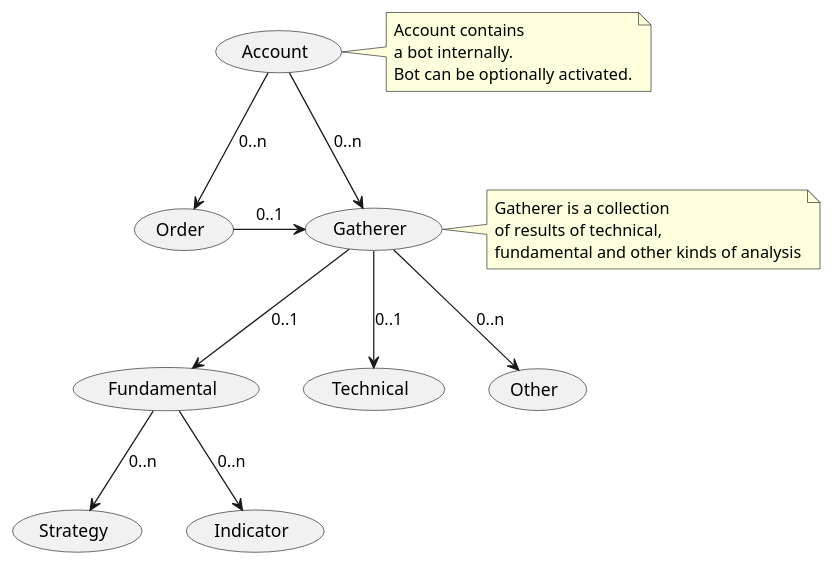
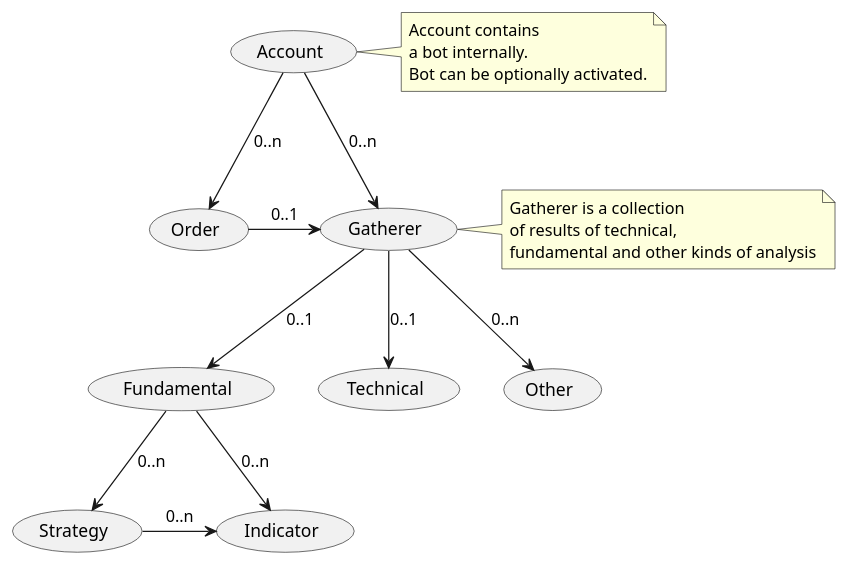
The diagram in aggregates.puml (R-tooR/tradebot-game-concept), drawn with PlantUML before and after one commit. The commit also changed 2 other files, not shown here.

```diff
--- a/aggregates.puml
+++ b/aggregates.puml
@@ -1,39 +1,40 @@
 @startuml
 'https://plantuml.com/use-case-diagram
 
 (Gatherer) as (Gath)
 (Order) as (Ord)
 (Fundamental) as (Fund)
 (Technical) as (Tech)
 (Account) as (Acc)
 (Other) as (Othr)
 (Strategy) as (Str)
 (Indicator) as (Ind)
 
 (Gath) --> (Tech) : 0..1
 (Gath) --> (Fund) : 0..1
 (Gath) --> (Othr) : 0..n
 (Ord) -> (Gath) : 0..1
 (Acc) --> (Gath) : 0..n
 (Acc) --> (Ord) : 0..n
 (Fund) --> (Str) : 0..n
 (Fund) --> (Ind) : 0..n
+(Str) -> (Ind) : 0..n
 
 note right of (Acc)
   Account contains
   a bot internally.
   Bot can be optionally activated.
 end note
 
 note right of (Gath)
   Gatherer is a collection
   of results of technical,
   fundamental and other kinds of analysis
 end note
 
 'Admin ---> (Use) : 0to1
 
 'note "This note is connected\nto several objects." as N2
 '(Start) .. N2
 'N2 .. (Use)
 @enduml
```
